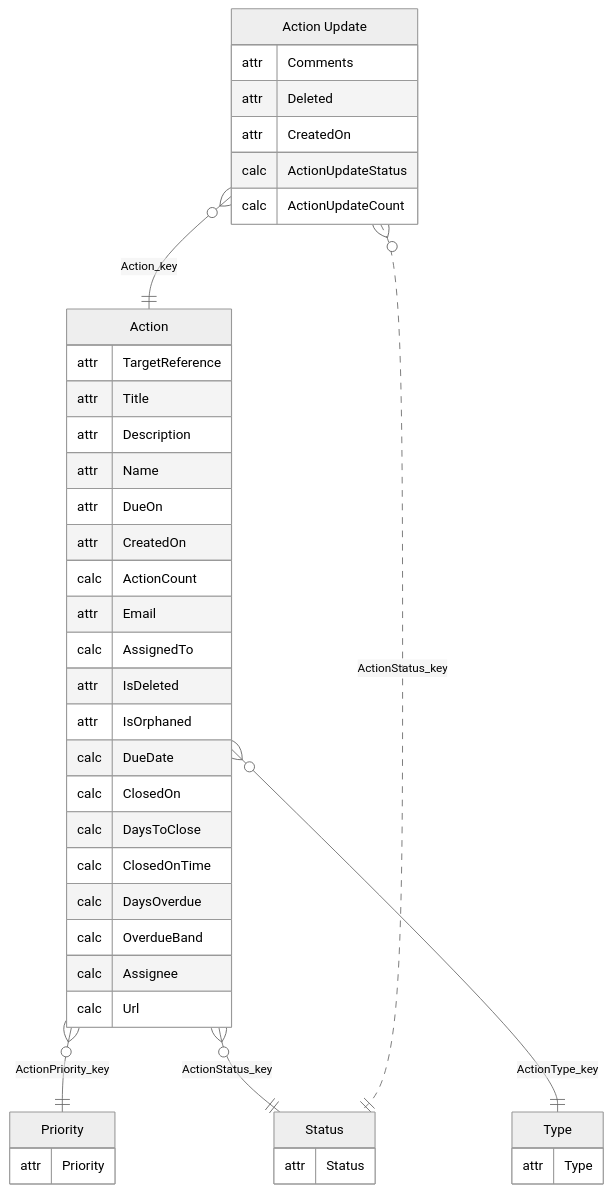
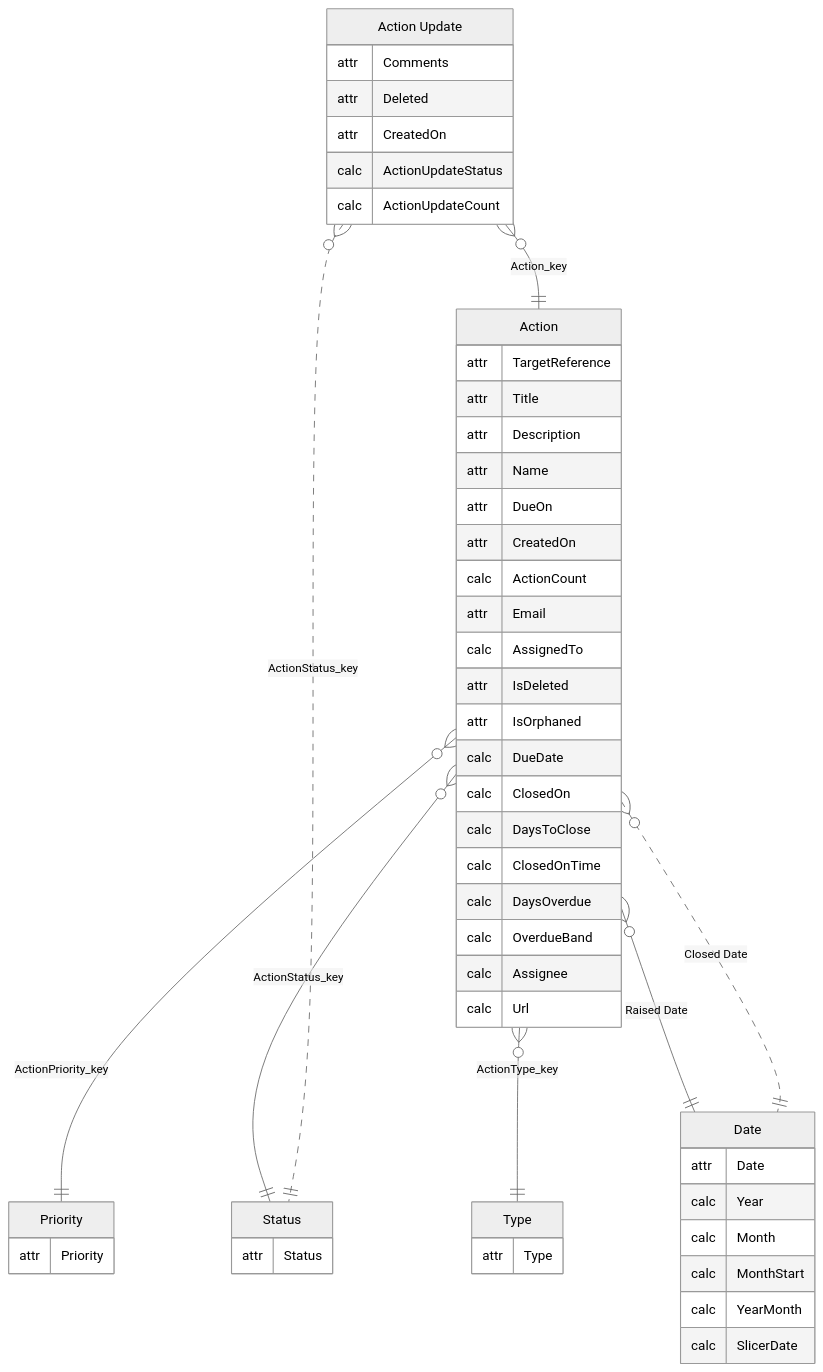
Before and after one commit to work-wallet/BIClient: the first of 2 diagrams in PowerBISamplesModels/Actions.md, drawn with Mermaid. The commit also changed other lines of this file and 17 other files, not shown here.

````diff
--- a/PowerBISamplesModels/Actions.md
+++ b/PowerBISamplesModels/Actions.md
@@ -7,49 +7,59 @@
 ```mermaid
 ---
 config:
   theme: neutral
 ---
 erDiagram
     "Action" {
         attr TargetReference
         attr Title
         attr Description
         attr Name
         attr DueOn
         attr CreatedOn
         calc ActionCount
         attr Email
         calc AssignedTo
         attr IsDeleted
         attr IsOrphaned
         calc DueDate
         calc ClosedOn
         calc DaysToClose
         calc ClosedOnTime
         calc DaysOverdue
         calc OverdueBand
         calc Assignee
         calc Url
     }
     "Priority" {
         attr Priority
     }
     "Status" {
         attr Status
     }
     "Type" {
         attr Type
     }
     "Action Update" {
         attr Comments
         attr Deleted
         attr CreatedOn
         calc ActionUpdateStatus
         calc ActionUpdateCount
     }
+    "Date" {
+        attr Date
+        calc Year
+        calc Month
+        calc MonthStart
+        calc YearMonth
+        calc SlicerDate
+    }
     "Action" }o--|| "Priority" : "ActionPriority_key"
     "Action" }o--|| "Status" : "ActionStatus_key"
     "Action" }o--|| "Type" : "ActionType_key"
     "Action Update" }o--|| "Action" : "Action_key"
     "Action Update" }o..|| "Status" : "ActionStatus_key"
+    "Action" }o--|| "Date" : "Raised Date"
+    "Action" }o..|| "Date" : "Closed Date"
 ```
````
